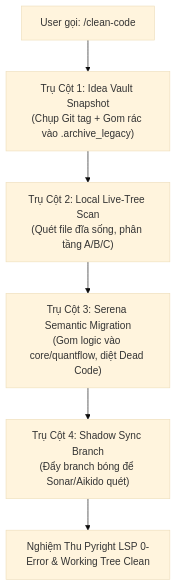
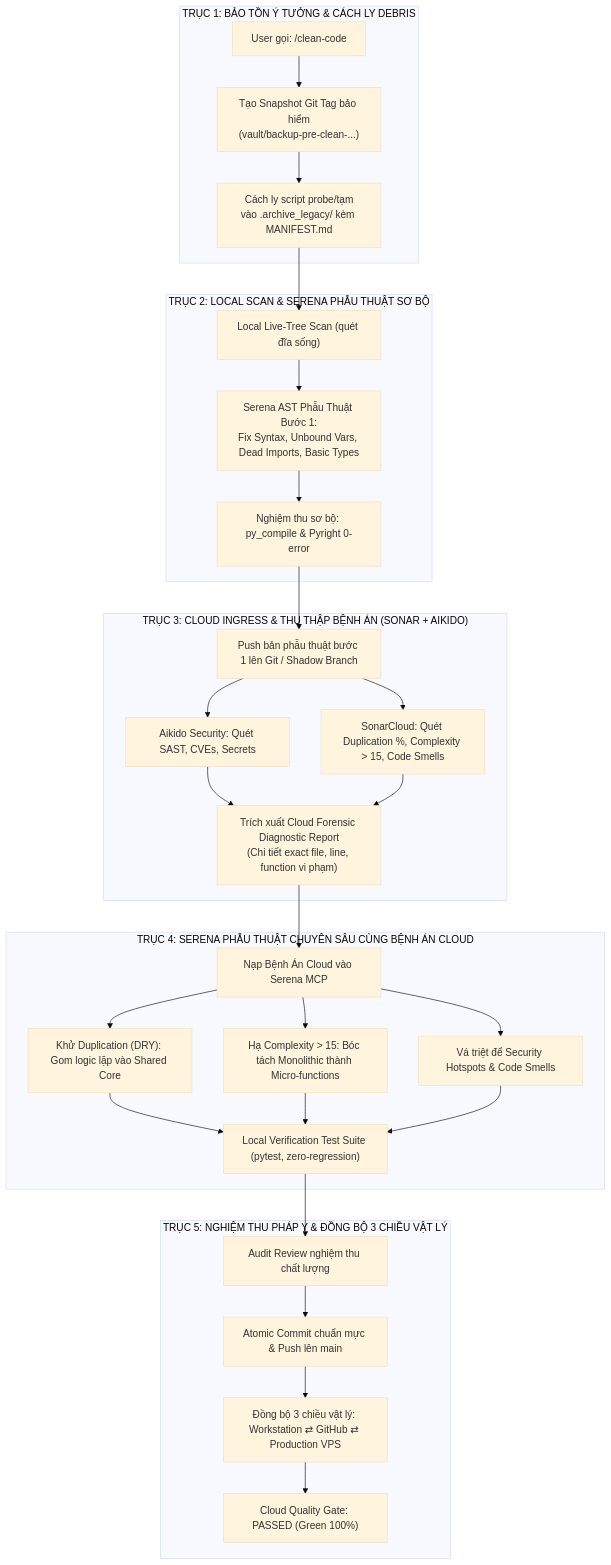
Before and after one commit to hoangdinhhungueh-droid/AI_Vifactory: the diagram in .agents/skills/clean-code/SKILL.md, drawn with Mermaid (base theme). The commit also changed other lines of this file, not shown here.

Commit message:
docs(skill): upgrade clean-code skill to 5-Axis Closed-Loop Dual-Surgery Architecture

````diff
--- a/.agents/skills/clean-code/SKILL.md
+++ b/.agents/skills/clean-code/SKILL.md
@@ -33,8 +36,36 @@
 ```mermaid
 flowchart TD
-    A["User gọi: /clean-code"] --> B["Trụ Cột 1: Idea Vault Snapshot<br>(Chụp Git tag + Gom rác vào .archive_legacy)"]
-    B --> C["Trụ Cột 2: Local Live-Tree Scan<br>(Quét file đĩa sống, phân tầng A/B/C)"]
-    C --> D["Trụ Cột 3: Serena Semantic Migration<br>(Gom logic vào core/quantflow, diệt Dead Code)"]
-    D --> E["Trụ Cột 4: Shadow Sync Branch<br>(Đẩy branch bóng để Sonar/Aikido quét)"]
-    E --> F["Nghiệm Thu Pyright LSP 0-Error & Working Tree Clean"]
+    subgraph Trục1["TRỤC 1: BẢO TỒN Ý TƯỞNG & CÁCH LY DEBRIS"]
+        A["User gọi: /clean-code"] --> B["Tạo Snapshot Git Tag bảo hiểm<br>(vault/backup-pre-clean-...)"]
+        B --> C["Cách ly script probe/tạm<br>vào .archive_legacy/ kèm MANIFEST.md"]
+    end
+
+    subgraph Trục2["TRỤC 2: LOCAL SCAN & SERENA PHẪU THUẬT SƠ BỘ"]
+        C --> D["Local Live-Tree Scan (quét đĩa sống)"]
+        D --> E["Serena AST Phẫu Thuật Bước 1:<br>Fix Syntax, Unbound Vars, Dead Imports, Basic Types"]
+        E --> F["Nghiệm thu sơ bộ: py_compile & Pyright 0-error"]
+    end
+
+    subgraph Trục3["TRỤC 3: CLOUD INGRESS & THU THẬP BỆNH ÁN (SONAR + AIKIDO)"]
+        F --> G["Push bản phẫu thuật bước 1 lên Git / Shadow Branch"]
+        G --> H["Aikido Security: Quét SAST, CVEs, Secrets"]
+        G --> I["SonarCloud: Quét Duplication %, Complexity > 15, Code Smells"]
+        H --> J["Trích xuất Cloud Forensic Diagnostic Report<br>(Chi tiết exact file, line, function vi phạm)"]
+        I --> J
+    end
+
+    subgraph Trục4["TRỤC 4: SERENA PHẪU THUẬT CHUYÊN SÂU CÙNG BỆNH ÁN CLOUD"]
+        J --> K["Nạp Bệnh Án Cloud vào Serena MCP"]
+        K --> L["Khử Duplication (DRY): Gom logic lặp vào Shared Core"]
+        K --> M["Hạ Complexity > 15: Bóc tách Monolithic thành Micro-functions"]
+        K --> N["Vá triệt để Security Hotspots & Code Smells"]
+        L & M & N --> O["Local Verification Test Suite (pytest, zero-regression)"]
+    end
+
+    subgraph Trục5["TRỤC 5: NGHIỆM THU PHÁP Y & ĐỒNG BỘ 3 CHIỀU VẬT LÝ"]
+        O --> P["Audit Review nghiệm thu chất lượng"]
+        P --> Q["Atomic Commit chuẩn mực & Push lên main"]
+        Q --> R["Đồng bộ 3 chiều vật lý: Workstation ⇄ GitHub ⇄ Production VPS"]
+        R --> S["Cloud Quality Gate: PASSED (Green 100%)"]
+    end
 ```
````
